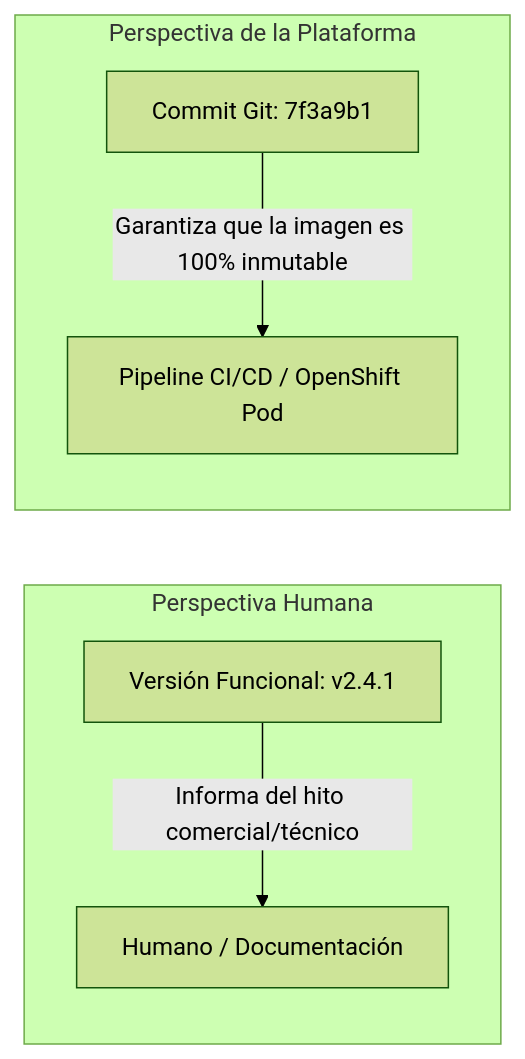
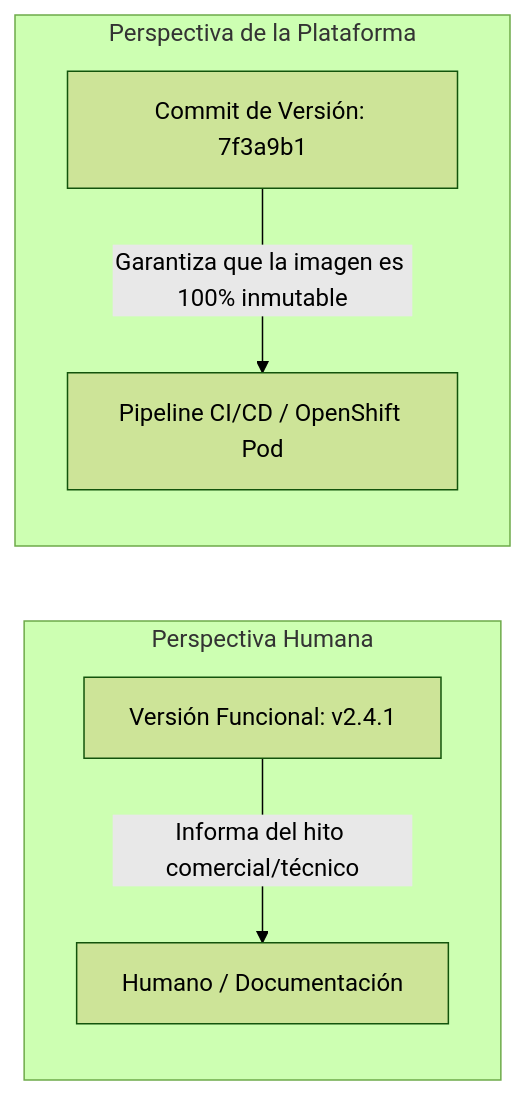
The fifth of 8 diagrams in docs/sesion4/4.4 Registro, gestión y seguridad de imágenes.md (ieftraining/curso-openshift), drawn with Mermaid (forest theme) before and after one commit. The commit also changed other lines of this file, not shown here.

````diff
--- a/docs/sesion4/4.4 Registro, gestión y seguridad de imágenes.md
+++ b/docs/sesion4/4.4 Registro, gestión y seguridad de imágenes.md
@@ -127,10 +129,10 @@
 ```mermaid
 flowchart LR
     subgraph Perspectiva Humana
         V[Versión Funcional: v2.4.1] -->|Informa del hito comercial/técnico| H[Humano / Documentación]
     end
 
     subgraph Perspectiva de la Plataforma
-        C[Commit Git: 7f3a9b1] -->|Garantiza que la imagen es 100% inmutable| P[Pipeline CI/CD / OpenShift Pod]
+        C[Commit de Versión: 7f3a9b1] -->|Garantiza que la imagen es 100% inmutable| P[Pipeline CI/CD / OpenShift Pod]
     end
 ```
````
